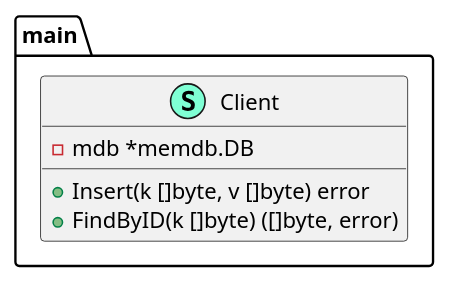
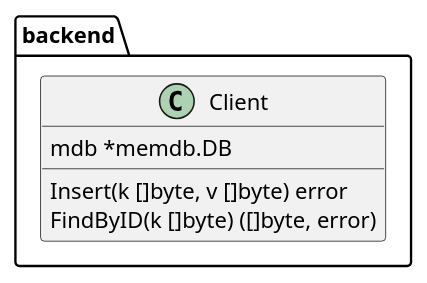
One commit to chvois1/ioc-go changed the diagram in doc/00-oop.puml. Above: the diagram before and after it, drawn with PlantUML. The commit also changed 9 other files, not shown here.

```diff
--- a/doc/00-oop.puml
+++ b/doc/00-oop.puml
@@ -1,13 +1,11 @@
-@startuml
-namespace main {
-    class Client << (S,Aquamarine) >> {
-        - mdb *memdb.DB
+@startuml 00-oop
+namespace backend {
 
-        + Insert(k []byte, v []byte) error
-        + FindByID(k []byte) ([]byte, error)
-
+    class Client  {
+        mdb *memdb.DB
+        Insert(k []byte, v []byte) error
+        FindByID(k []byte) ([]byte, error)
     }
 }
 
-
 @enduml
```
